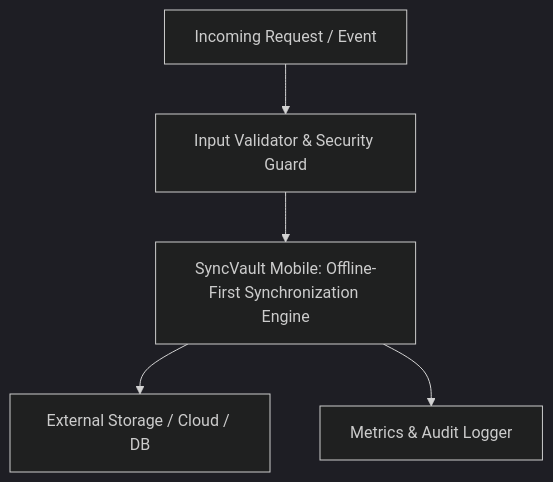
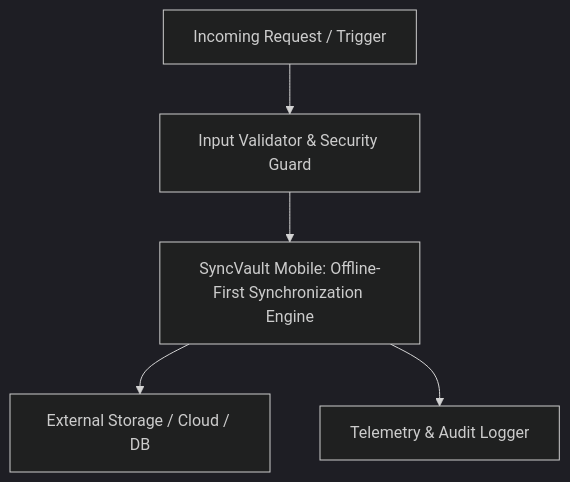
Before and after one commit to smit-backend/mobile-sync-engine: the diagram in README.md, drawn with Mermaid (dark theme). The commit also changed other lines of this file, not shown here.

Commit message:
docs(readme): add detailed architectural flowchart, usage examples, and badges

````diff
--- a/README.md
+++ b/README.md
@@ -23,7 +23,7 @@
 ```mermaid
 graph TD
-    Client[Incoming Request / Event] --> Gate[Input Validator & Security Guard]
+    Client[Incoming Request / Trigger] --> Gate[Input Validator & Security Guard]
     Gate --> CoreEngine[SyncVault Mobile: Offline-First Synchronization Engine]
     CoreEngine --> Adapter[External Storage / Cloud / DB]
-    CoreEngine --> Observer[Metrics & Audit Logger]
+    CoreEngine --> Observer[Telemetry & Audit Logger]
 ```
````
